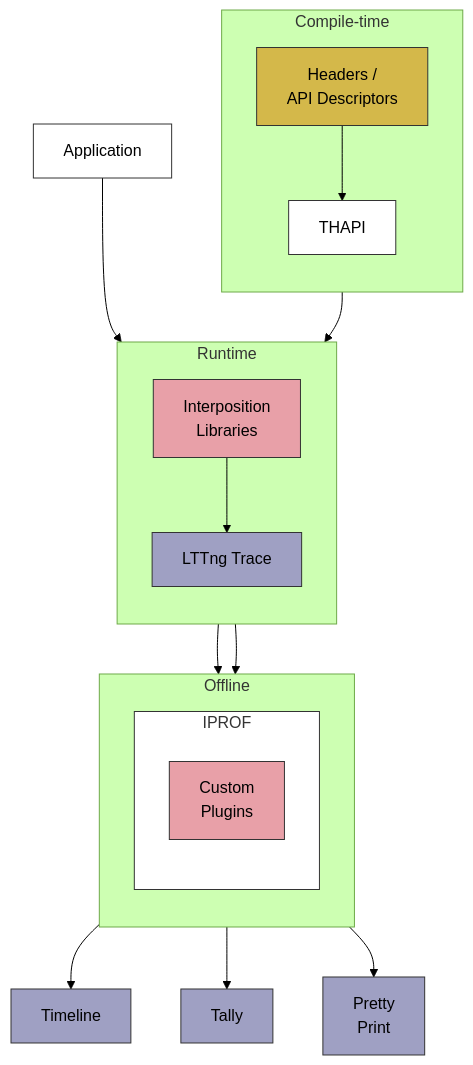
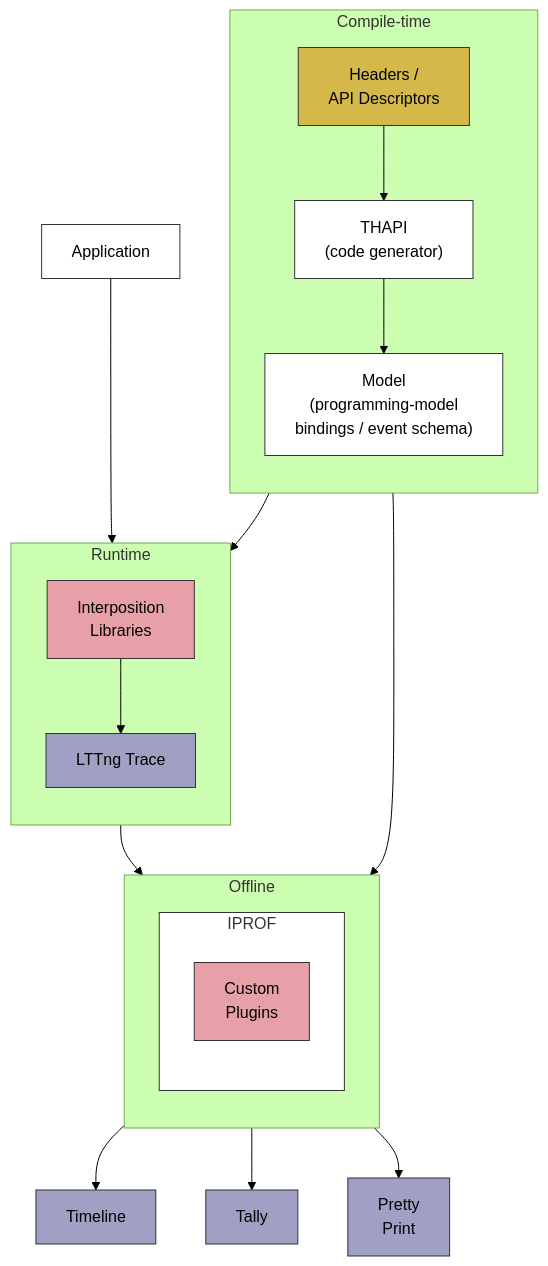
The fourth of 4 diagrams in slides/2026_TracingIAML/README.md (DonAurelio/notes), drawn with Mermaid (forest theme) before and after one commit. The commit also changed other lines of this file, not shown here.

First line of the commit message:
Restructure THAPI sections: Motivation, Design Decisions, Architecture

````diff
--- a/slides/2026_TracingIAML/README.md
+++ b/slides/2026_TracingIAML/README.md
@@ -438,48 +478,50 @@
 ```mermaid
 flowchart TD
     subgraph CompileTime["Compile-time"]
         direction TD
         Headers["Headers /<br>API Descriptors"]
-        THAPI["THAPI"]
+        THAPI["THAPI<br>(code generator)"]
+        Model["Model<br>(programming-model<br>bindings / event schema)"]
         Headers --> THAPI
+        THAPI --> Model
     end
 
     subgraph Runtime["Runtime"]
         direction TD
         Interposition["Interposition<br>Libraries"]
         LTTng["LTTng Trace"]
         Interposition --> LTTng
     end
 
     Application["Application"] --> Interposition
-    THAPI --> Interposition
+    Model --> Interposition
 
     subgraph Offline["Offline"]
         direction TD
         subgraph IPROF["IPROF"]
             direction TD
             CustomPlugins["Custom<br>Plugins"]
         end
     end
 
     LTTng --> IPROF
-    Interposition --> CustomPlugins
+    Model --> CustomPlugins
 
     Timeline["Timeline"]
     Tally["Tally"]
     PrettyPrint["Pretty<br>Print"]
 
     IPROF --> Timeline
     IPROF --> Tally
     IPROF --> PrettyPrint
 
     classDef input fill:#d4b84a,stroke:#333,stroke-width:1px;
     classDef outputLib fill:#e8a0a8,stroke:#333,stroke-width:1px;
     classDef output fill:#9fa0c3,stroke:#333,stroke-width:1px;
     classDef plain fill:#ffffff,stroke:#333,stroke-width:1px;
 
     class Headers input;
     class Interposition,CustomPlugins outputLib;
     class LTTng,Timeline,Tally,PrettyPrint output;
-    class THAPI,Application,IPROF plain;
+    class THAPI,Model,Application,IPROF plain;
 ```
````
